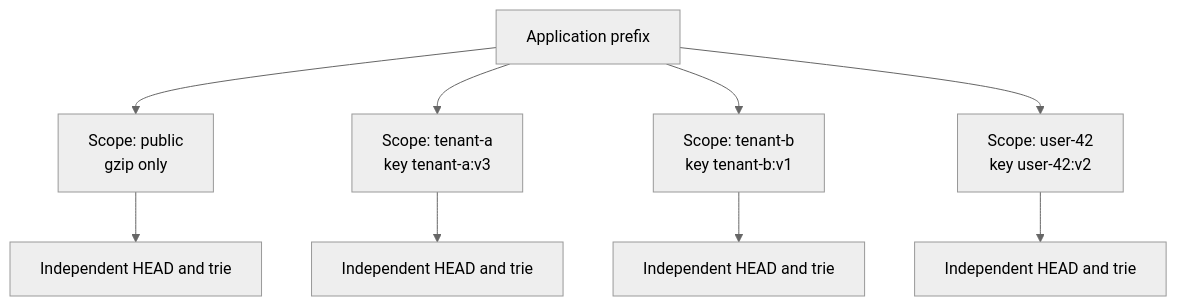
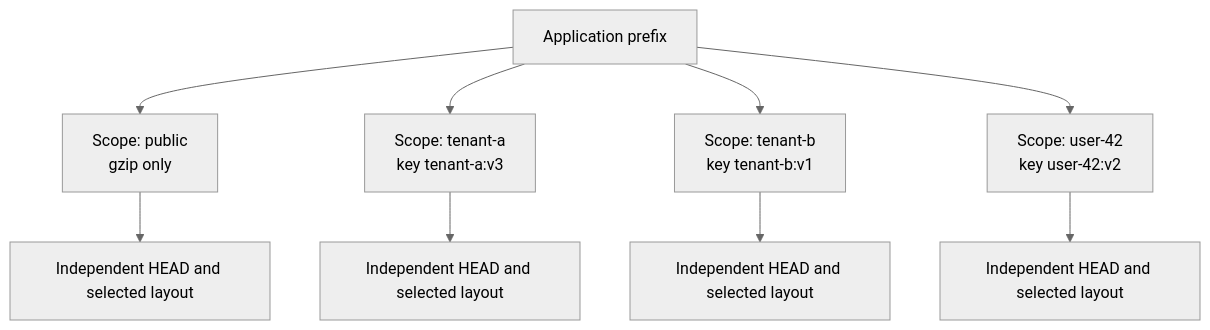
One commit to Jason-Doyle/thimble changed the fifth of 7 diagrams in docs/DIAGRAMS.md. Above: the diagram before and after it, drawn with Mermaid (neutral theme). The commit also changed 62 other files, not shown here.

````diff
--- a/docs/DIAGRAMS.md
+++ b/docs/DIAGRAMS.md
@@ -166,14 +166,14 @@
 ```mermaid
 flowchart TB
   Root["Application prefix"]
 
   Root --> Public["Scope: public<br/>gzip only"]
   Root --> TenantA["Scope: tenant-a<br/>key tenant-a:v3"]
   Root --> TenantB["Scope: tenant-b<br/>key tenant-b:v1"]
   Root --> User["Scope: user-42<br/>key user-42:v2"]
 
-  Public --> PublicTree["Independent HEAD and trie"]
-  TenantA --> TenantATree["Independent HEAD and trie"]
-  TenantB --> TenantBTree["Independent HEAD and trie"]
-  User --> UserTree["Independent HEAD and trie"]
+  Public --> PublicTree["Independent HEAD and selected layout"]
+  TenantA --> TenantATree["Independent HEAD and selected layout"]
+  TenantB --> TenantBTree["Independent HEAD and selected layout"]
+  User --> UserTree["Independent HEAD and selected layout"]
 ```
````
